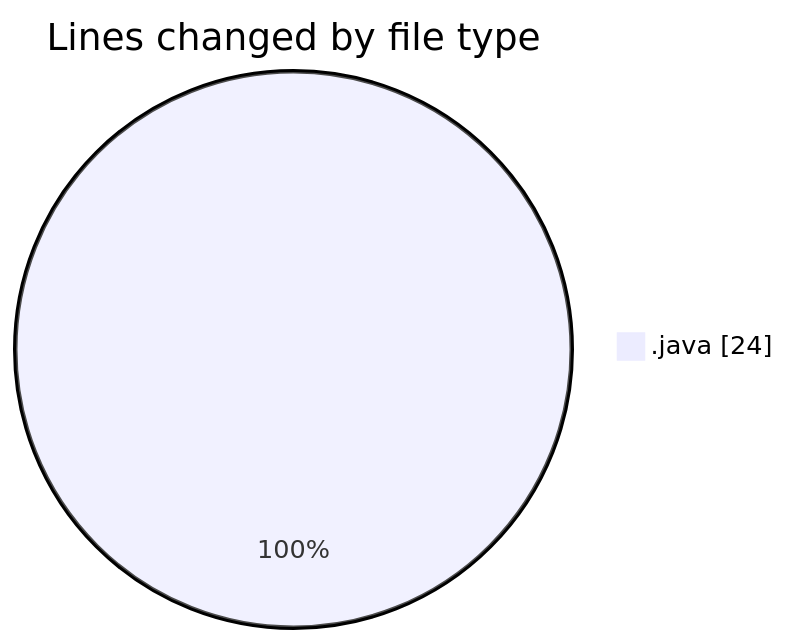
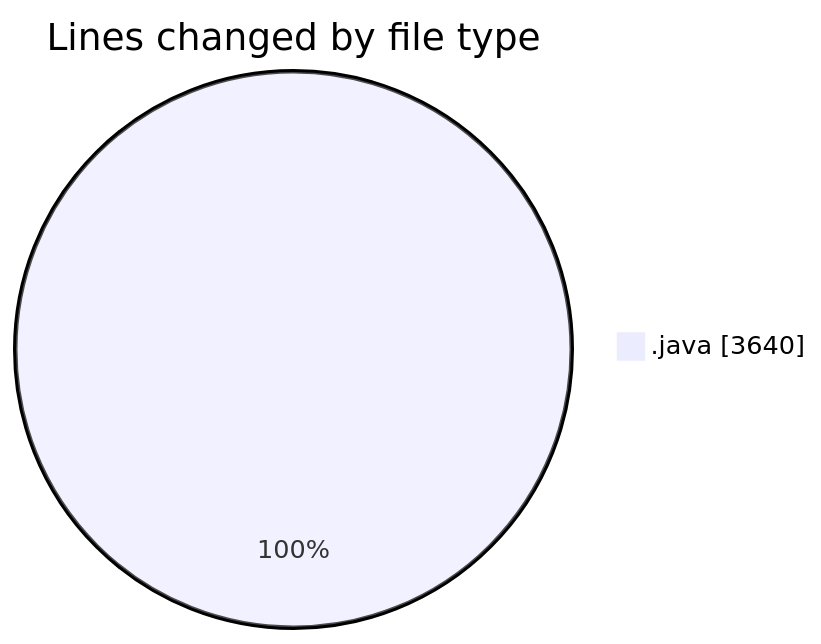
One commit to ricardozamudiocil/code-tracking changed the first of 2 diagrams in 2026-09-01/cilapp/README.md. Above: the diagram before and after it, drawn with Mermaid. The commit also changed other lines of this file and 1 other file, not shown here.

````diff
--- a/2026-09-01/cilapp/README.md
+++ b/2026-09-01/cilapp/README.md
@@ -20,5 +21,5 @@
 ```mermaid
 pie showData
 title Lines changed by file type
-".java" : 24
+".java" : 3640
 ```
````
